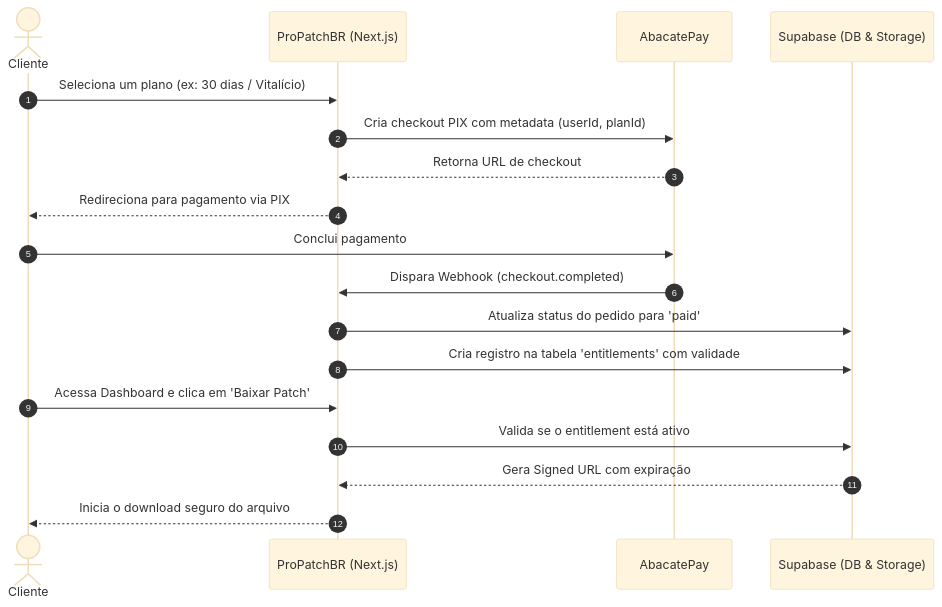
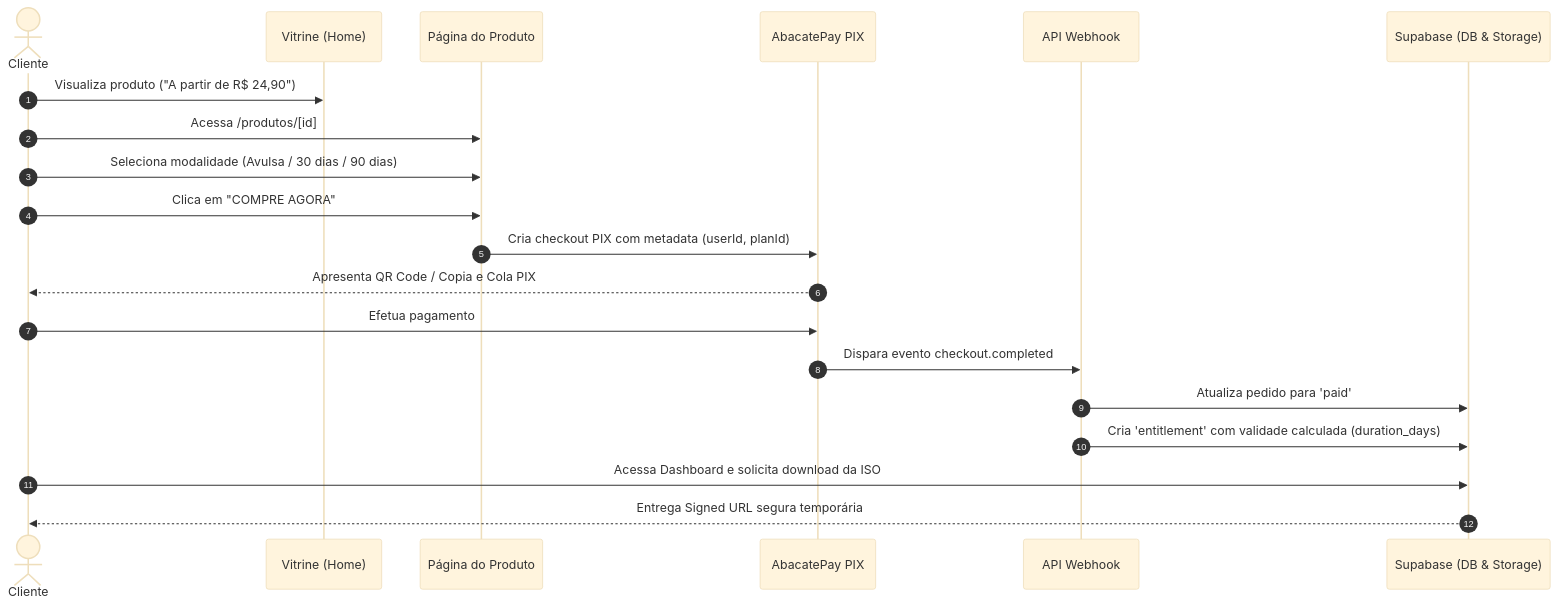
One commit to jeannlucas/propatchbr changed the diagram in README.md. Above: the diagram before and after it, drawn with Mermaid (base theme). The commit also changed other lines of this file, not shown here.

Commit message:
docs: atualiza README com nova regra de vitrine, modalidades de planos e fluxo arquitetural

````diff
--- a/README.md
+++ b/README.md
@@ -62,21 +92,23 @@
 ```mermaid
 sequenceDiagram
     autonumber
     actor User as Cliente
-    participant Web as ProPatchBR (Next.js)
-    participant AP as AbacatePay
+    participant Vitrine as Vitrine (Home)
+    participant Produto as Página do Produto
+    participant AP as AbacatePay PIX
+    participant Webhook as API Webhook
     participant DB as Supabase (DB & Storage)
 
-    User->>Web: Seleciona um plano (ex: 30 dias / Vitalício)
-    Web->>AP: Cria checkout PIX com metadata (userId, planId)
-    AP-->>Web: Retorna URL de checkout
-    Web-->>User: Redireciona para pagamento via PIX
-    User->>AP: Conclui pagamento
-    AP->>Web: Dispara Webhook (checkout.completed)
-    Web->>DB: Atualiza status do pedido para 'paid'
-    Web->>DB: Cria registro na tabela 'entitlements' com validade
-    User->>Web: Acessa Dashboard e clica em 'Baixar Patch'
-    Web->>DB: Valida se o entitlement está ativo
-    DB-->>Web: Gera Signed URL com expiração
-    Web-->>User: Inicia o download seguro do arquivo
+    User->>Vitrine: Visualiza produto ("A partir de R$ 24,90")
+    User->>Produto: Acessa /produtos/[id]
+    User->>Produto: Seleciona modalidade (Avulsa / 30 dias / 90 dias)
+    User->>Produto: Clica em "COMPRE AGORA"
+    Produto->>AP: Cria checkout PIX com metadata (userId, planId)
+    AP-->>User: Apresenta QR Code / Copia e Cola PIX
+    User->>AP: Efetua pagamento
+    AP->>Webhook: Dispara evento checkout.completed
+    Webhook->>DB: Atualiza pedido para 'paid'
+    Webhook->>DB: Cria 'entitlement' com validade calculada (duration_days)
+    User->>DB: Acessa Dashboard e solicita download da ISO
+    DB-->>User: Entrega Signed URL segura temporária
 ```
````
